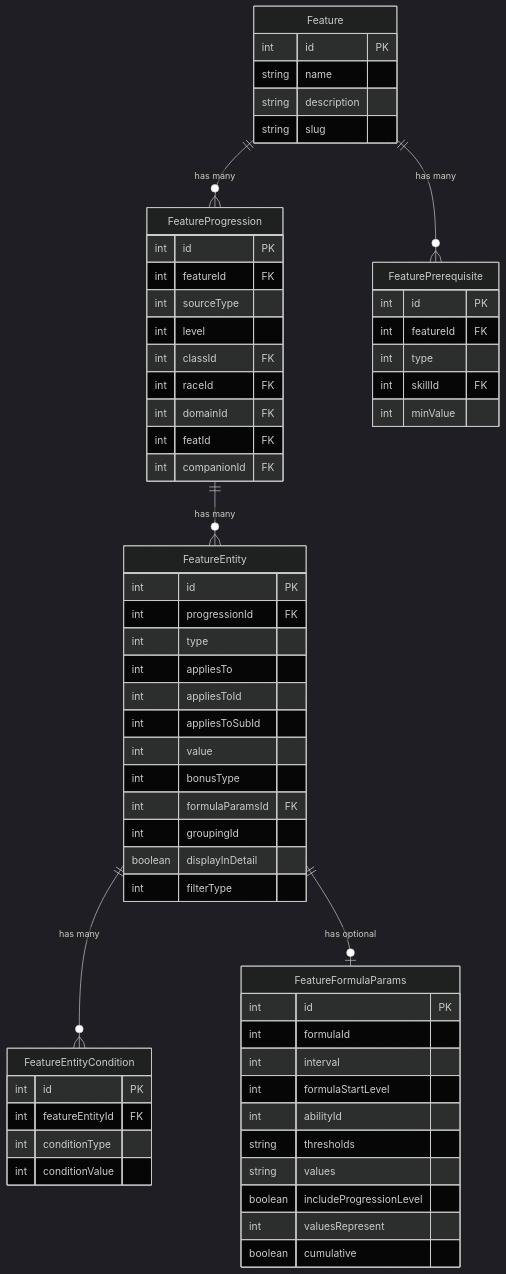
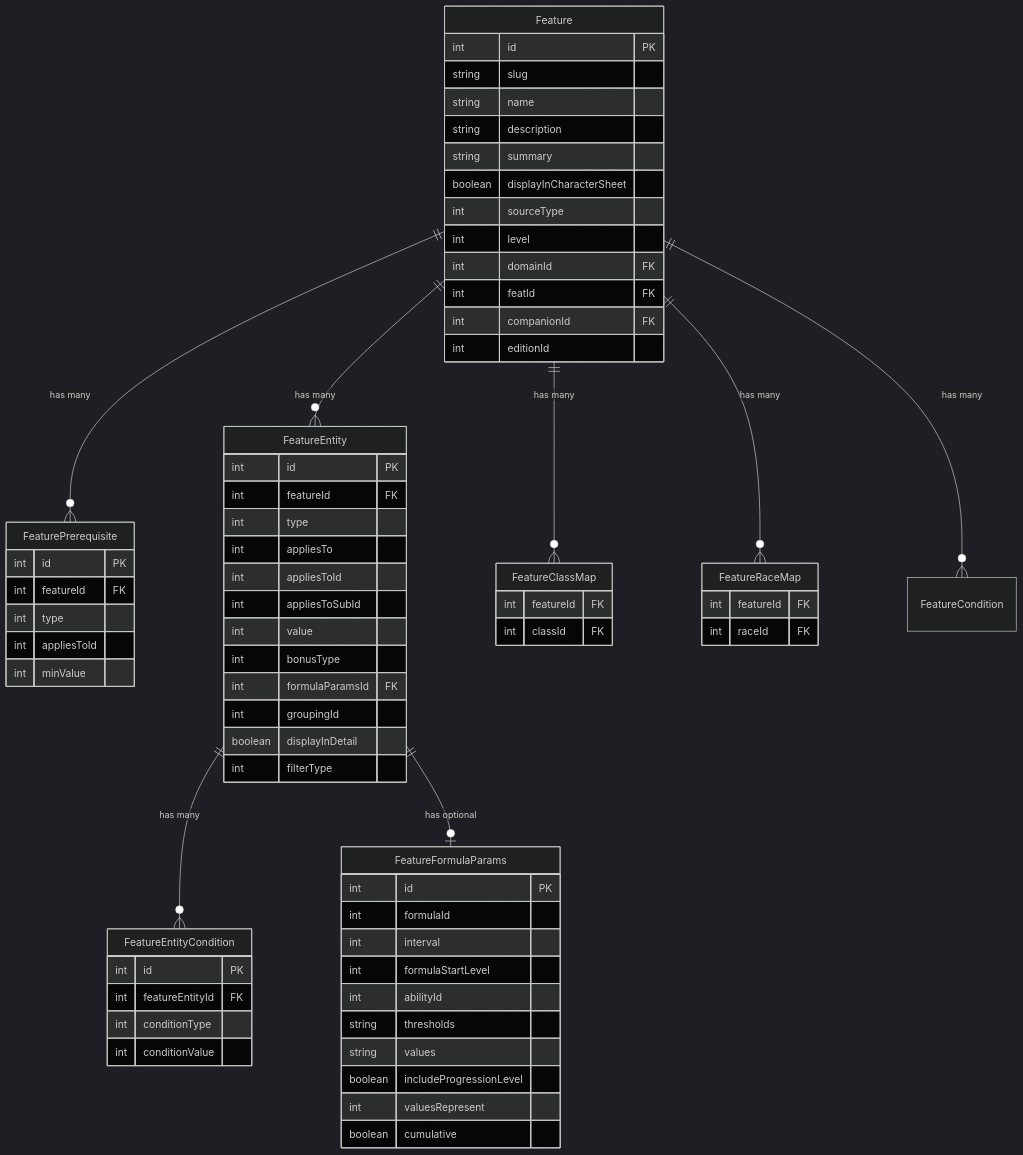
One commit to Cezero/dnd_tools changed the diagram in packages/shared/docs/feature-system/architecture-principles.md. Above: the diagram before and after it, drawn with Mermaid (dark theme). The commit also changed other lines of this file and 374 other files, not shown here.

````diff
--- a/packages/shared/docs/feature-system/architecture-principles.md
+++ b/packages/shared/docs/feature-system/architecture-principles.md
@@ -87,71 +90,79 @@
 ```mermaid
 erDiagram
-    Feature ||--o{ FeatureProgression : "has many"
     Feature ||--o{ FeaturePrerequisite : "has many"
-    FeatureProgression ||--o{ FeatureEntity : "has many"
+    Feature ||--o{ FeatureEntity : "has many"
+    Feature ||--o{ FeatureClassMap : "has many"
+    Feature ||--o{ FeatureRaceMap : "has many"
+    Feature ||--o{ FeatureCondition : "has many"
     
     FeatureEntity ||--o{ FeatureEntityCondition : "has many"
     FeatureEntity ||--o| FeatureFormulaParams : "has optional"
     
     Feature {
         int id PK
+        string slug
         string name
         string description
-        string slug
-    }
-    
-    FeatureProgression {
-        int id PK
-        int featureId FK
+        string summary
+        boolean displayInCharacterSheet
         int sourceType
         int level
-        int classId FK
-        int raceId FK
         int domainId FK
         int featId FK
         int companionId FK
+        int editionId
+    }
+    
+    FeatureClassMap {
+        int featureId FK
+        int classId FK
+    }
+    
+    FeatureRaceMap {
+        int featureId FK
+        int raceId FK
     }
     
     FeaturePrerequisite {
         int id PK
         int featureId FK
         int type
-        int skillId FK
+        int appliesToId
         int minValue
     }
     
     FeatureEntity {
         int id PK
-        int progressionId FK
+        int featureId FK
         int type
         int appliesTo
         int appliesToId
         int appliesToSubId
         int value
         int bonusType
         int formulaParamsId FK
         int groupingId
         boolean displayInDetail
         int filterType
     }
     
     FeatureEntityCondition {
         int id PK
         int featureEntityId FK
         int conditionType
         int conditionValue
     }
     
     FeatureFormulaParams {
         int id PK
         int formulaId
         int interval
         int formulaStartLevel
         int abilityId
         string thresholds
         string values
         boolean includeProgressionLevel
         int valuesRepresent
         boolean cumulative
     }
 ```
````
